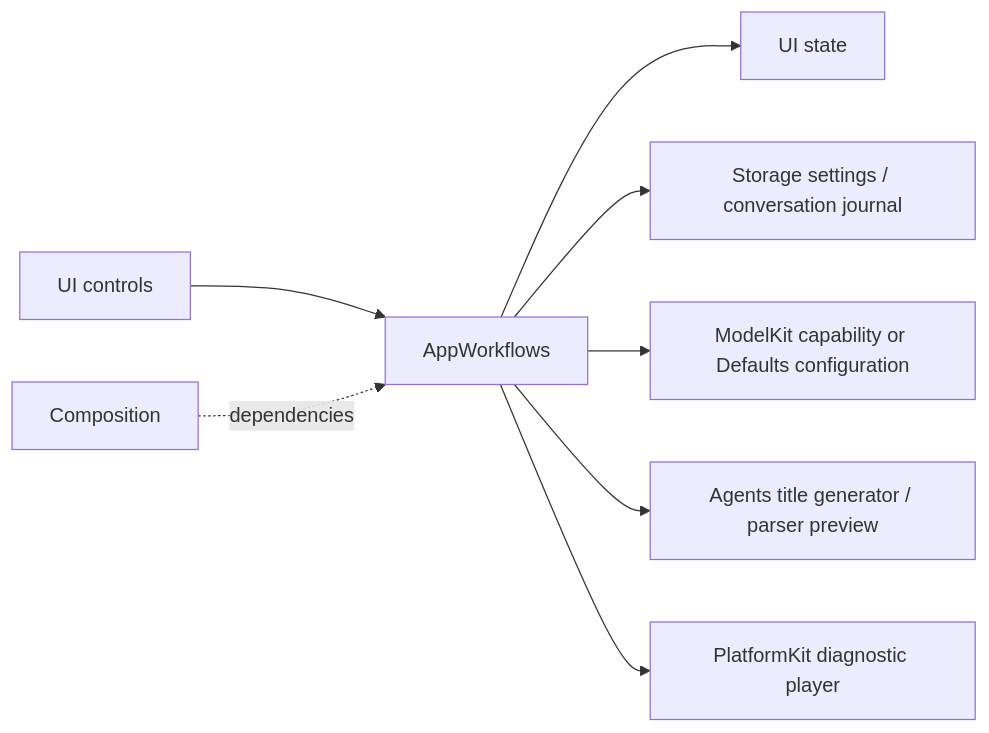
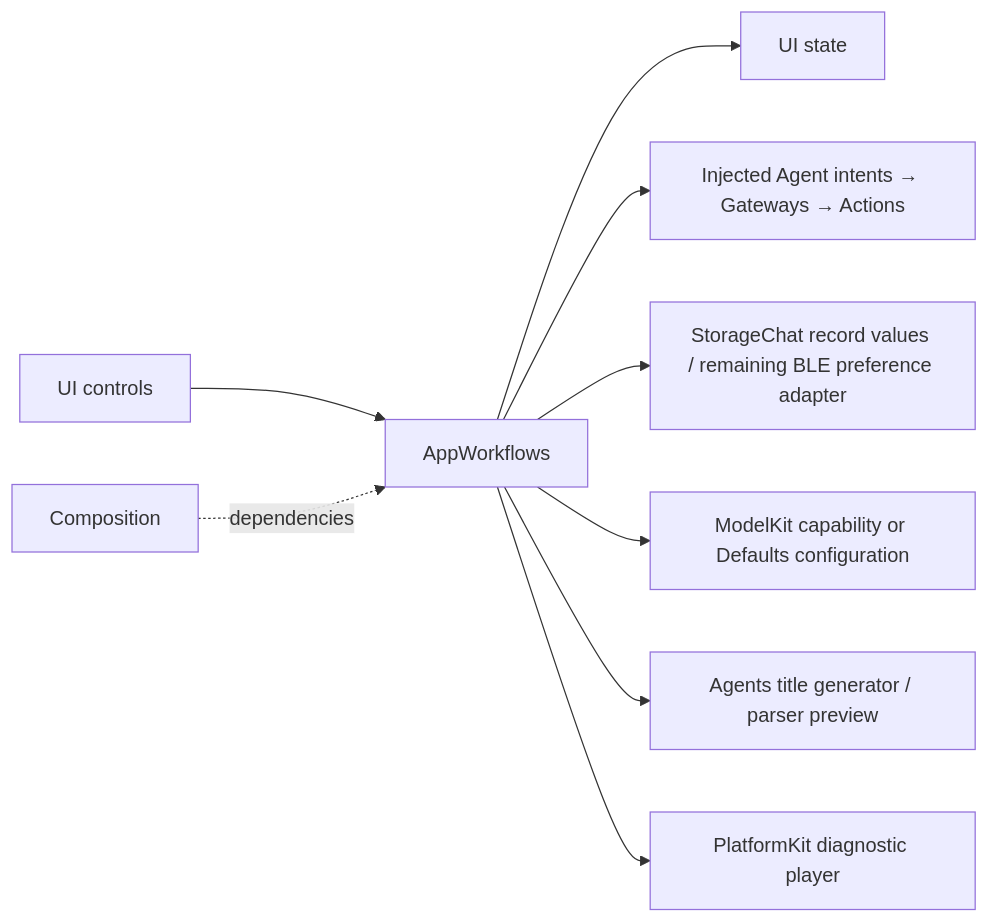
The first of 5 diagrams in MobileHarness/App/Workflows/README.md (devilyouwei/MobileHarness), drawn with Mermaid before and after one commit. The commit also changed other lines of this file and 201 other files, not shown here.

````diff
--- a/MobileHarness/App/Workflows/README.md
+++ b/MobileHarness/App/Workflows/README.md
@@ -14,10 +14,11 @@
 ```mermaid
 flowchart LR
     UI[UI controls] --> Workflow[AppWorkflows]
     App[Composition] -. dependencies .-> Workflow
     Workflow --> State[UI state]
-    Workflow --> Store[Storage settings / conversation journal]
+    Workflow --> Intents[Injected Agent intents → Gateways → Actions]
+    Workflow --> Store[StorageChat record values / remaining BLE preference adapter]
     Workflow --> Models[ModelKit capability or Defaults configuration]
     Workflow --> Title[Agents title generator / parser preview]
     Workflow --> Device[PlatformKit diagnostic player]
 ```
````
